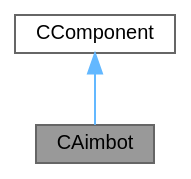
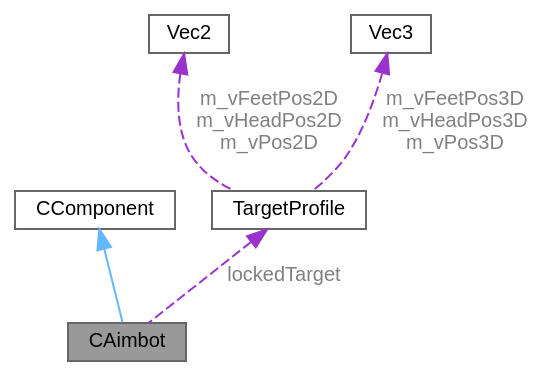
The diagram in d0/dae/classCAimbot__coll__graph.dot (kiocode/xenon), drawn with Graphviz before and after one commit. The commit also changed 26 other files, not shown here.

```diff
--- a/d0/dae/classCAimbot__coll__graph.dot
+++ b/d0/dae/classCAimbot__coll__graph.dot
@@ -1,10 +1,16 @@
 digraph "CAimbot"
 {
  // LATEX_PDF_SIZE
   bgcolor="transparent";
   edge [fontname=Helvetica,fontsize=10,labelfontname=Helvetica,labelfontsize=10];
   node [fontname=Helvetica,fontsize=10,shape=box,height=0.2,width=0.4];
   Node1 [id="Node000001",label="CAimbot",height=0.2,width=0.4,color="gray40", fillcolor="grey60", style="filled", fontcolor="black",tooltip="A class responsible for managing and controlling the aimbot functionality in the Xenon framework."];
   Node2 -> Node1 [id="edge1_Node000001_Node000002",dir="back",color="steelblue1",style="solid",tooltip=" "];
   Node2 [id="Node000002",label="CComponent",height=0.2,width=0.4,color="gray40", fillcolor="white", style="filled",URL="$d4/da1/classCComponent.html",tooltip="A base class for components in the Xenon system."];
+  Node3 -> Node1 [id="edge2_Node000001_Node000003",dir="back",color="darkorchid3",style="dashed",tooltip=" ",label=" lockedTarget",fontcolor="grey" ];
+  Node3 [id="Node000003",label="TargetProfile",height=0.2,width=0.4,color="gray40", fillcolor="white", style="filled",URL="$db/d59/classTargetProfile.html",tooltip=" "];
+  Node4 -> Node3 [id="edge3_Node000003_Node000004",dir="back",color="darkorchid3",style="dashed",tooltip=" ",label=" m_vFeetPos2D\nm_vHeadPos2D\nm_vPos2D",fontcolor="grey" ];
+  Node4 [id="Node000004",label="Vec2",height=0.2,width=0.4,color="gray40", fillcolor="white", style="filled",URL="$d3/d95/classVec2.html",tooltip=" "];
+  Node5 -> Node3 [id="edge4_Node000003_Node000005",dir="back",color="darkorchid3",style="dashed",tooltip=" ",label=" m_vFeetPos3D\nm_vHeadPos3D\nm_vPos3D",fontcolor="grey" ];
+  Node5 [id="Node000005",label="Vec3",height=0.2,width=0.4,color="gray40", fillcolor="white", style="filled",URL="$d9/de4/classVec3.html",tooltip=" "];
 }
```
